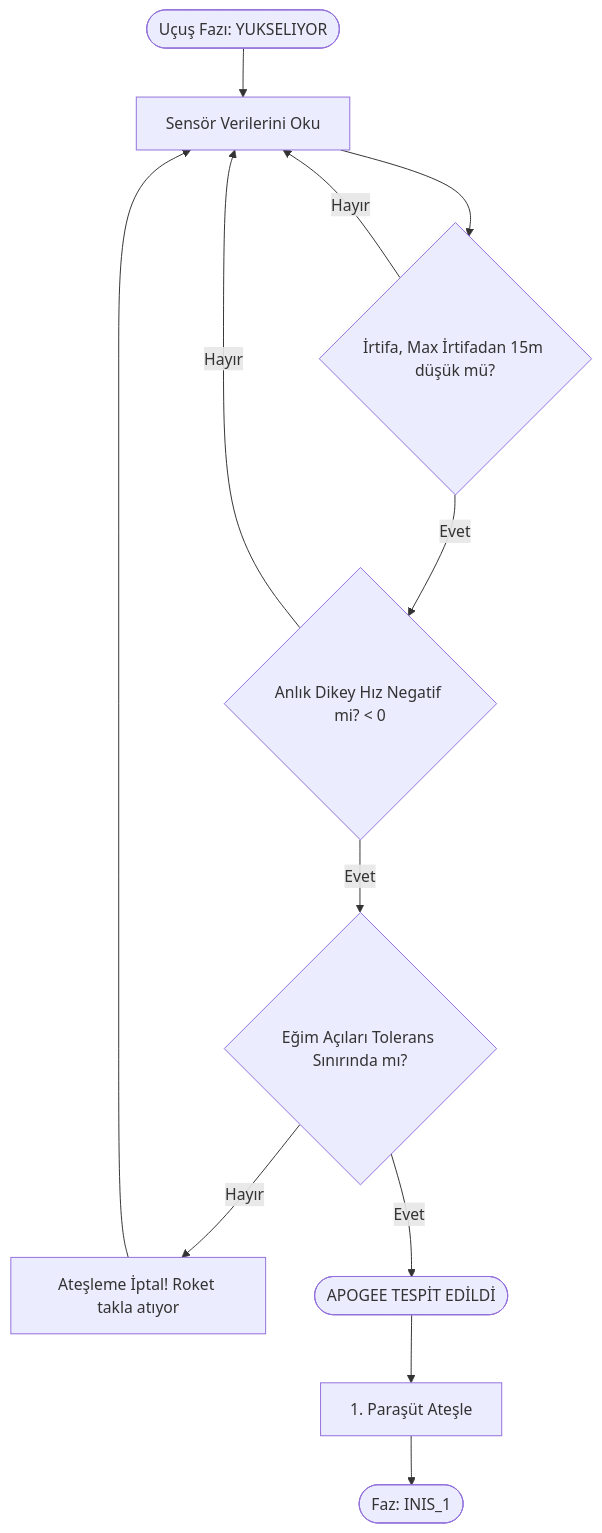
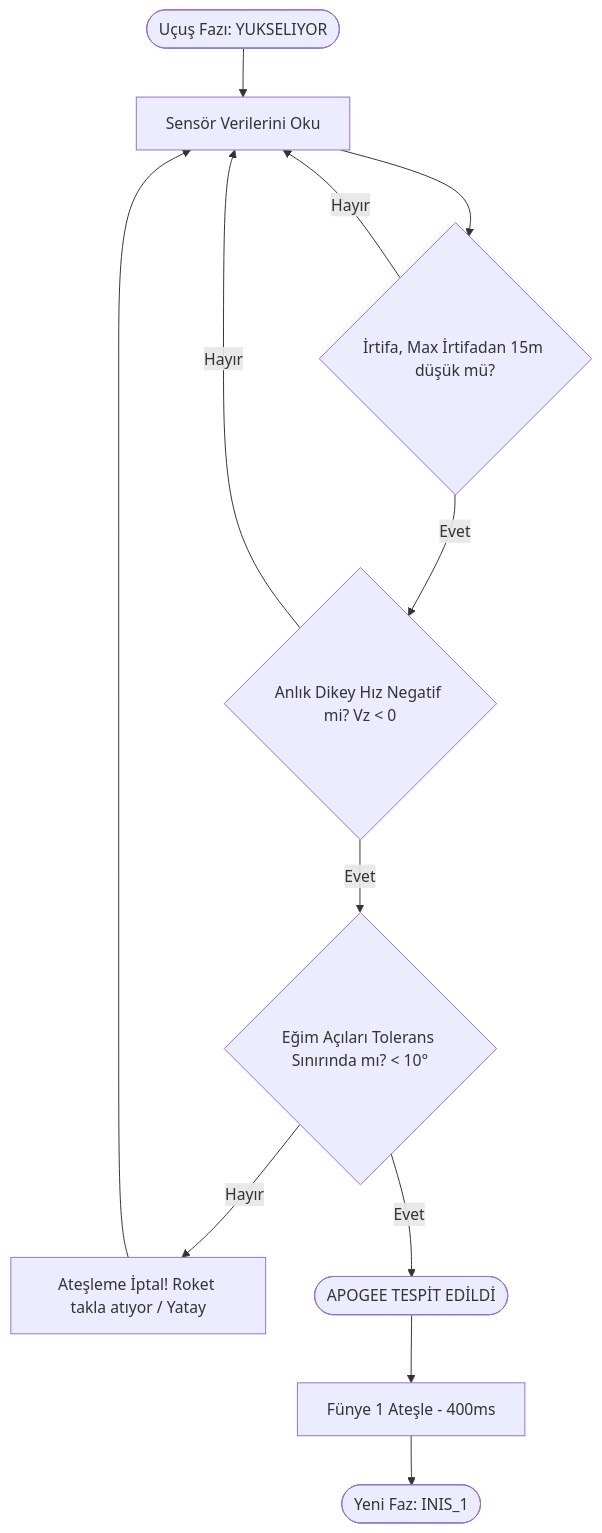
The second of 2 diagrams in README.md (RaX0r39/UcusYazilimi2026), drawn with Mermaid before and after one commit. The commit also changed other lines of this file, not shown here.

````diff
--- a/README.md
+++ b/README.md
@@ -71,14 +113,14 @@
 ```mermaid
 flowchart TD
     A([Uçuş Fazı: YUKSELIYOR]) --> B[Sensör Verilerini Oku]
     B --> C{İrtifa, Max İrtifadan 15m düşük mü?}
     C -- Hayır --> B
-    C -- Evet --> D{Anlık Dikey Hız Negatif mi? < 0}
+    C -- Evet --> D{Anlık Dikey Hız Negatif mi? Vz < 0}
     D -- Hayır --> B
-    D -- Evet --> E{Eğim Açıları Tolerans Sınırında mı?}
-    E -- Hayır --> F[Ateşleme İptal! Roket takla atıyor]
+    D -- Evet --> E{Eğim Açıları Tolerans Sınırında mı? < 10°}
+    E -- Hayır --> F[Ateşleme İptal! Roket takla atıyor / Yatay]
     F --> B
     E -- Evet --> G([APOGEE TESPİT EDİLDİ])
-    G --> H[1. Paraşüt Ateşle]
-    H --> I([Faz: INIS_1])
+    G --> H[Fünye 1 Ateşle - 400ms]
+    H --> I([Yeni Faz: INIS_1])
 ```
````
